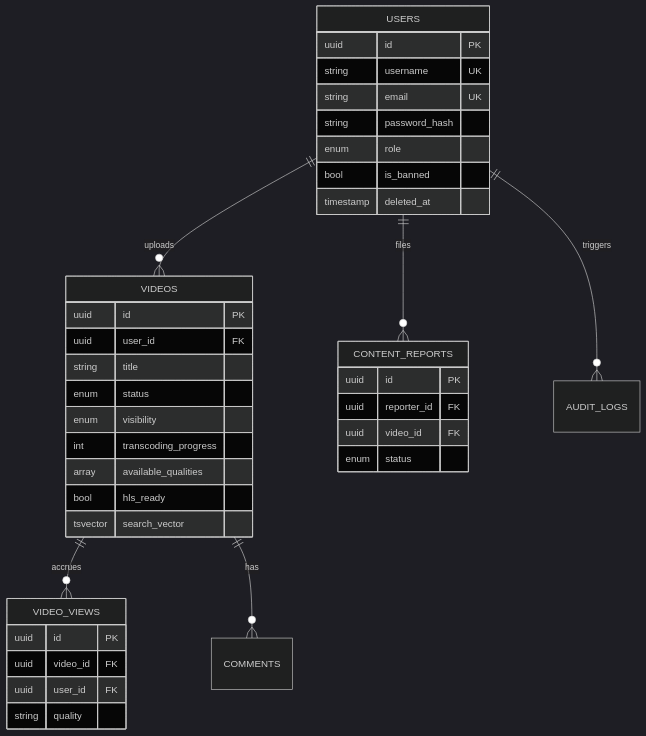
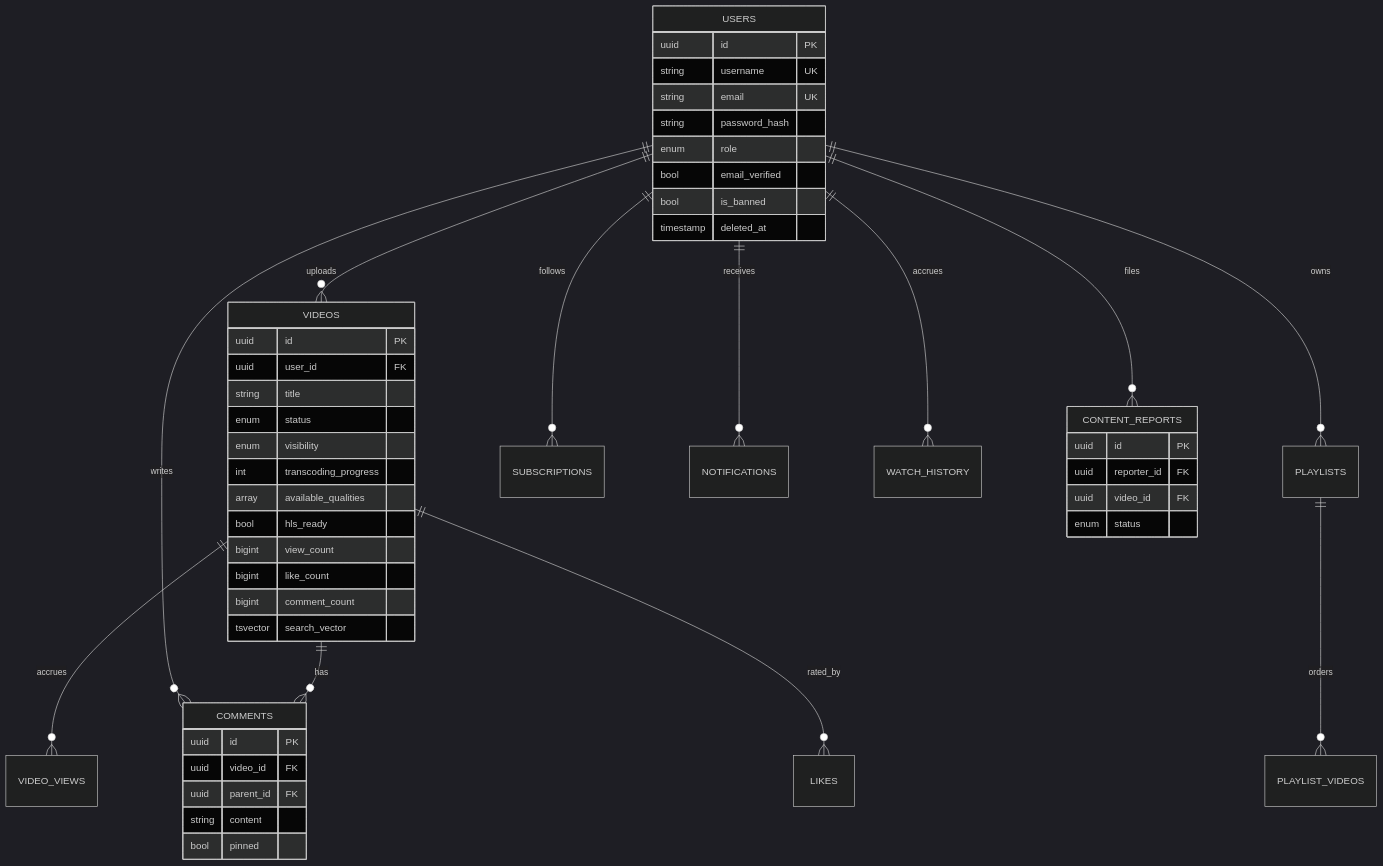
One commit to Nuu-maan/video-streaming-service changed the sixth of 6 diagrams in README.md. Above: the diagram before and after it, drawn with Mermaid (dark theme). The commit also changed other lines of this file and 1 other file, not shown here.

````diff
--- a/README.md
+++ b/README.md
@@ -251,41 +525,52 @@
 ```mermaid
 erDiagram
     USERS ||--o{ VIDEOS : uploads
+    USERS ||--o{ COMMENTS : writes
+    USERS ||--o{ PLAYLISTS : owns
+    USERS ||--o{ SUBSCRIPTIONS : follows
+    USERS ||--o{ NOTIFICATIONS : receives
+    USERS ||--o{ WATCH_HISTORY : accrues
     USERS ||--o{ CONTENT_REPORTS : files
-    USERS ||--o{ AUDIT_LOGS : triggers
     VIDEOS ||--o{ VIDEO_VIEWS : accrues
     VIDEOS ||--o{ COMMENTS : has
+    VIDEOS ||--o{ LIKES : rated_by
+    PLAYLISTS ||--o{ PLAYLIST_VIDEOS : orders
 
     USERS {
         uuid id PK
         string username UK
         string email UK
         string password_hash
         enum role
+        bool email_verified
         bool is_banned
         timestamp deleted_at
     }
     VIDEOS {
         uuid id PK
         uuid user_id FK
         string title
         enum status
         enum visibility
         int transcoding_progress
         array available_qualities
         bool hls_ready
+        bigint view_count
+        bigint like_count
+        bigint comment_count
         tsvector search_vector
     }
-    VIDEO_VIEWS {
+    COMMENTS {
         uuid id PK
         uuid video_id FK
-        uuid user_id FK
-        string quality
+        uuid parent_id FK
+        string content
+        bool pinned
     }
     CONTENT_REPORTS {
         uuid id PK
         uuid reporter_id FK
         uuid video_id FK
         enum status
     }
 ```
````
